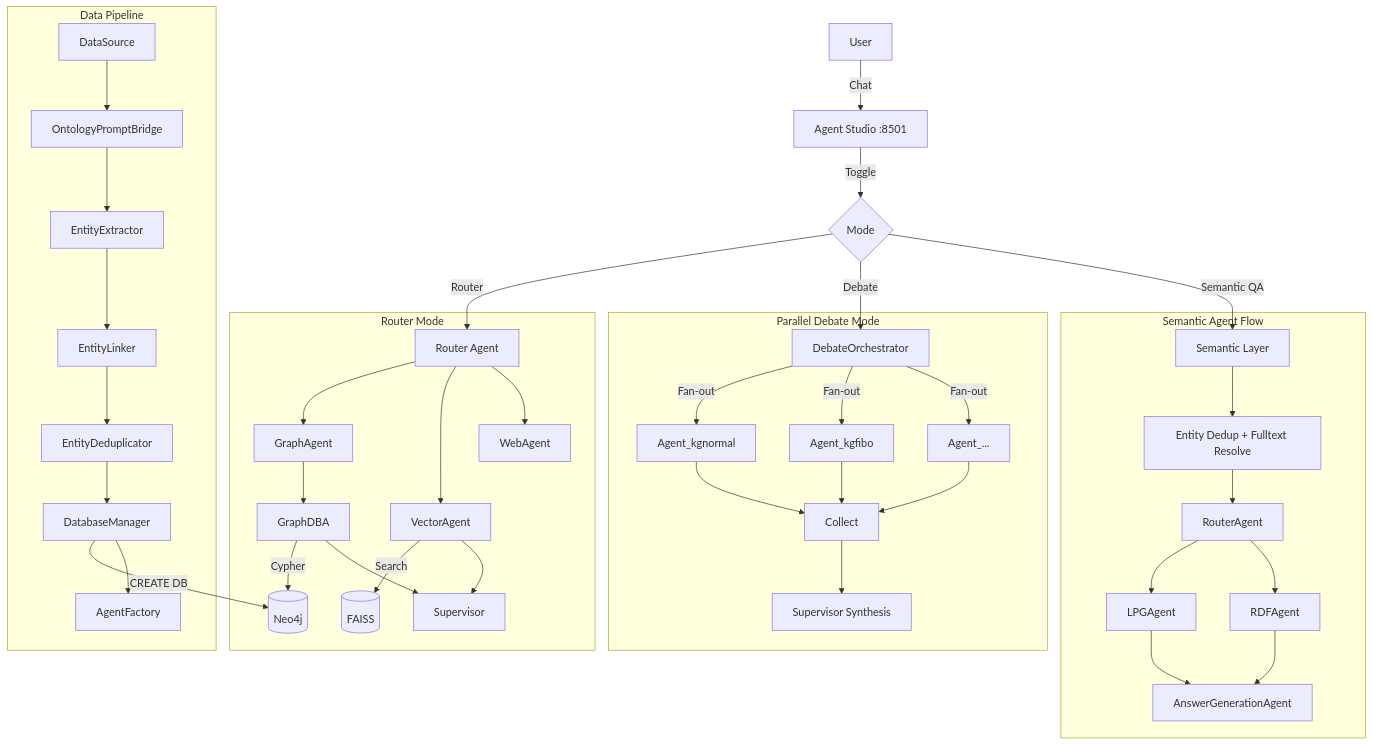
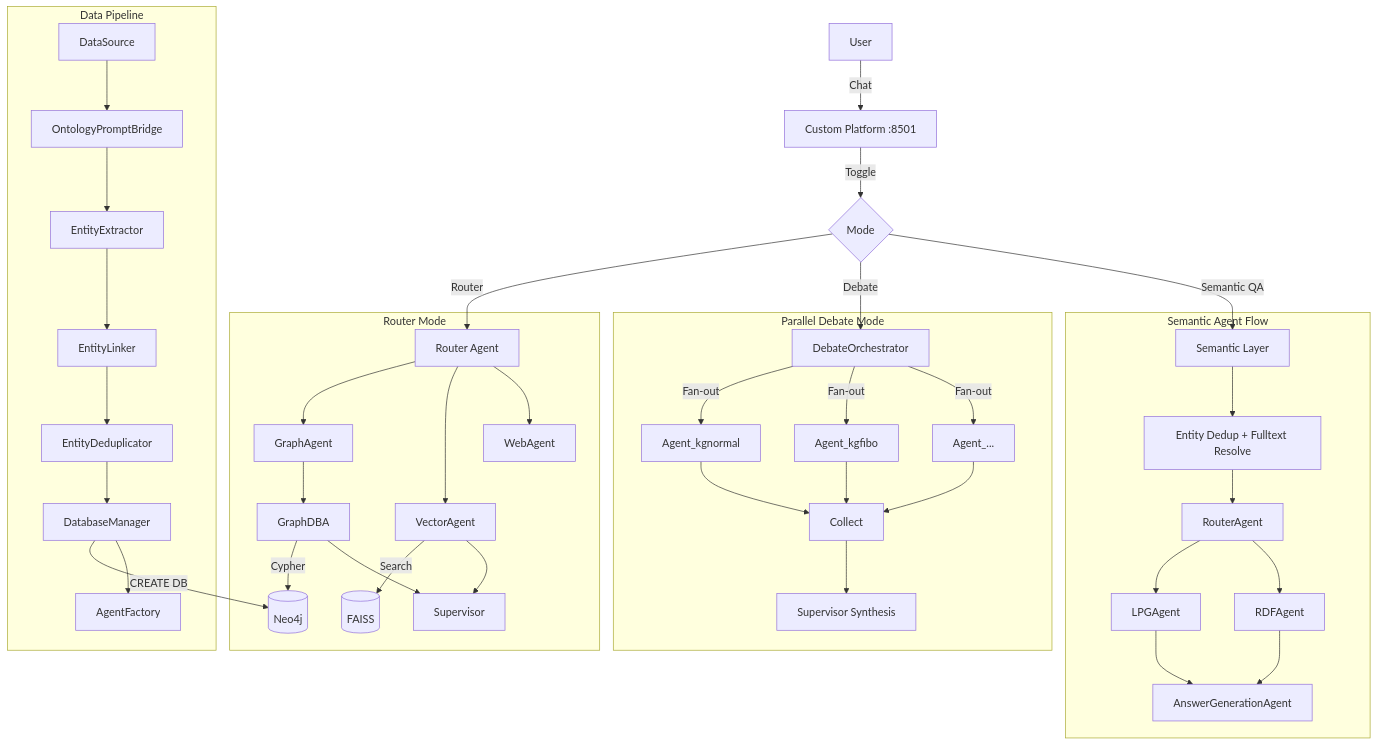
The diagram in README.md (tteon/seocho), drawn with Mermaid before and after one commit. The commit also changed other lines of this file and 22 other files, not shown here.

Commit message:
feat: replace streamlit with custom interactive chat platform

````diff
--- a/README.md
+++ b/README.md
@@ -172,49 +172,49 @@
 ```mermaid
 graph TD
-    User[User] -->|Chat| UI[Agent Studio :8501]
+    User[User] -->|Chat| UI[Custom Platform :8501]
     UI -->|Toggle| Mode{Mode}
 
     Mode -->|Router| Router[Router Agent]
     Mode -->|Debate| Debate[DebateOrchestrator]
     Mode -->|Semantic QA| Sem[Semantic Layer]
 
     subgraph Router_Mode[Router Mode]
         Router --> Graph[GraphAgent]
         Router --> Vector[VectorAgent]
         Router --> Web[WebAgent]
         Graph --> DBA[GraphDBA]
         DBA -->|Cypher| Neo4j[(Neo4j)]
         Vector -->|Search| FAISS[(FAISS)]
         DBA --> Sup1[Supervisor]
         Vector --> Sup1
     end
 
     subgraph Debate_Mode[Parallel Debate Mode]
         Debate -->|Fan-out| A1[Agent_kgnormal]
         Debate -->|Fan-out| A2[Agent_kgfibo]
         Debate -->|Fan-out| AN[Agent_...]
         A1 --> Collect[Collect]
         A2 --> Collect
         AN --> Collect
         Collect --> Sup2[Supervisor Synthesis]
     end
 
     subgraph Semantic_Mode[Semantic Agent Flow]
         Sem --> DedupResolve[Entity Dedup + Fulltext Resolve]
         DedupResolve --> Route2[RouterAgent]
         Route2 --> LPG[LPGAgent]
         Route2 --> RDF[RDFAgent]
         LPG --> Ans[AnswerGenerationAgent]
         RDF --> Ans
     end
 
     subgraph Pipeline[Data Pipeline]
         DS[DataSource] --> Bridge[OntologyPromptBridge]
         Bridge --> Extract[EntityExtractor]
         Extract --> Link[EntityLinker]
         Link --> Dedup[EntityDeduplicator]
         Dedup --> DBM[DatabaseManager]
         DBM -->|CREATE DB| Neo4j
         DBM --> AF[AgentFactory]
     end
 ```
````
